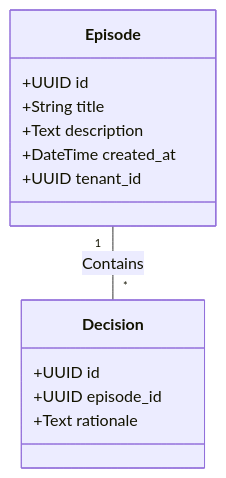
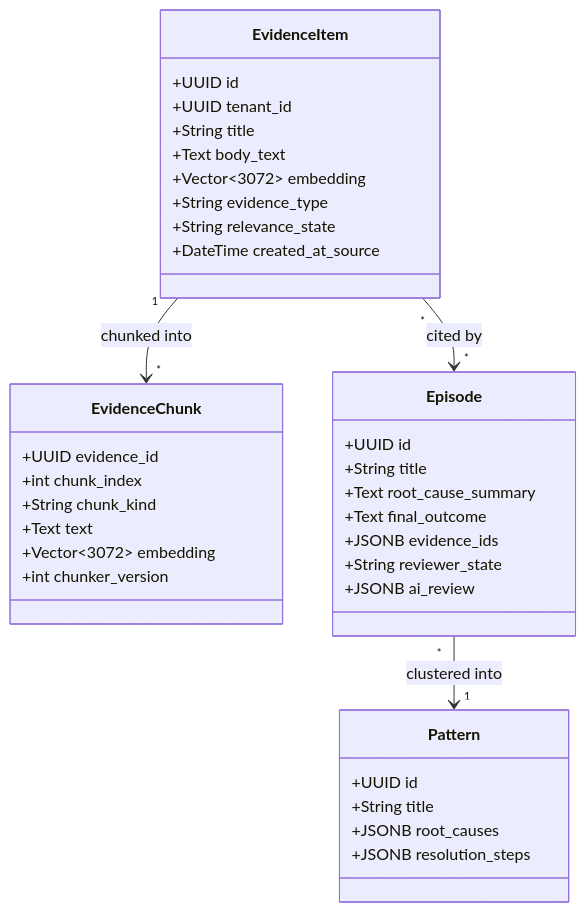
The first of 2 diagrams in docs/04_Backend_KT.md (Valuedx/ContextEdge), drawn with Mermaid before and after one commit. The commit also changed other lines of this file and 48 other files, not shown here.

````diff
--- a/docs/04_Backend_KT.md
+++ b/docs/04_Backend_KT.md
@@ -215,16 +216,39 @@
 ```mermaid
 classDiagram
+    class EvidenceItem {
+        +UUID id
+        +UUID tenant_id
+        +String title
+        +Text body_text
+        +Vector~3072~ embedding
+        +String evidence_type
+        +String relevance_state
+        +DateTime created_at_source
+    }
+    class EvidenceChunk {
+        +UUID evidence_id
+        +int chunk_index
+        +String chunk_kind
+        +Text text
+        +Vector~3072~ embedding
+        +int chunker_version
+    }
     class Episode {
         +UUID id
         +String title
-        +Text description
-        +DateTime created_at
-        +UUID tenant_id
+        +Text root_cause_summary
+        +Text final_outcome
+        +JSONB evidence_ids
+        +String reviewer_state
+        +JSONB ai_review
     }
-    class Decision {
+    class Pattern {
         +UUID id
-        +UUID episode_id
-        +Text rationale
+        +String title
+        +JSONB root_causes
+        +JSONB resolution_steps
     }
-    Episode "1" -- "*" Decision : Contains
+    EvidenceItem "1" --> "*" EvidenceChunk : chunked into
+    EvidenceItem "*" --> "*" Episode : cited by
+    Episode "*" --> "1" Pattern : clustered into
 ```
````
